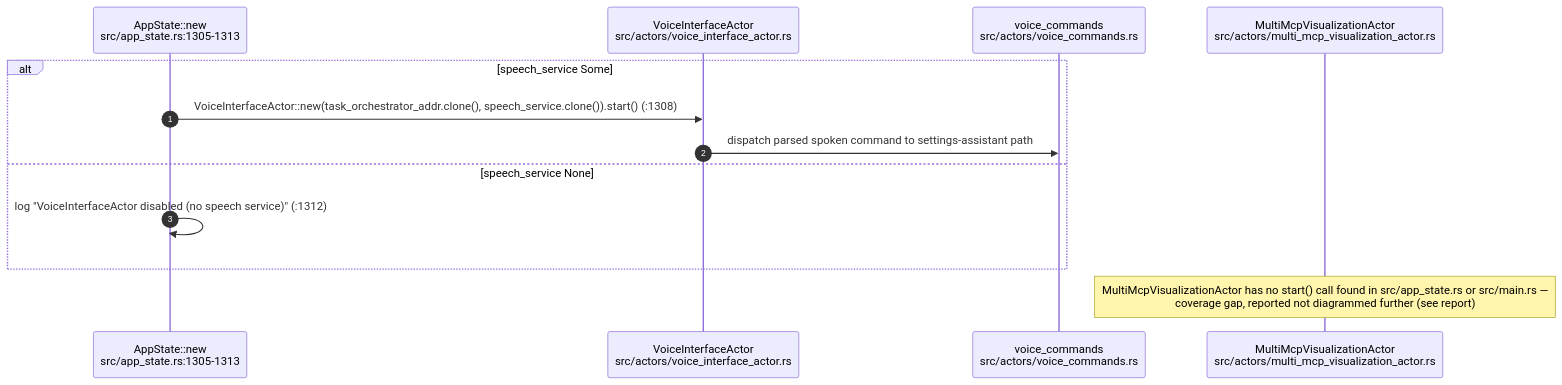
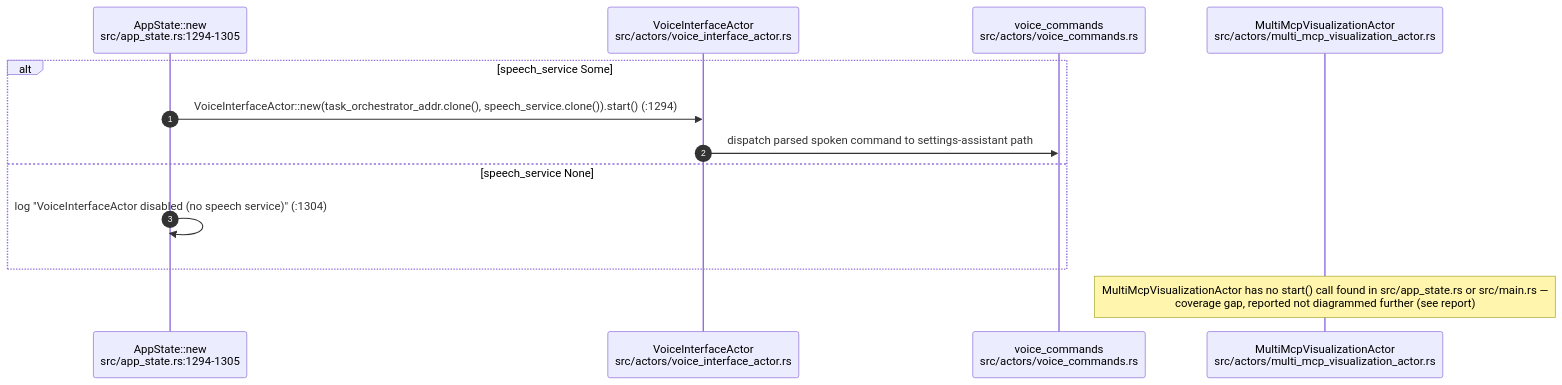
Diagram 19 of 20 in docs/diagrams/visionclaw/02-actor-supervision.md (DreamLab-AI/AR-AI-Knowledge-Graph), drawn with Mermaid before and after one commit. The commit also changed other lines of this file and 172 other files, not shown here.

````diff
--- a/docs/diagrams/visionclaw/02-actor-supervision.md
+++ b/docs/diagrams/visionclaw/02-actor-supervision.md
@@ -594,16 +584,16 @@
 ```mermaid
 sequenceDiagram
     autonumber
-    participant APP as AppState::new<br/>src/app_state.rs:1305-1313
+    participant APP as AppState::new<br/>src/app_state.rs:1294-1305
     participant VI as VoiceInterfaceActor<br/>src/actors/voice_interface_actor.rs
     participant VC as voice_commands<br/>src/actors/voice_commands.rs
     participant MMV as MultiMcpVisualizationActor<br/>src/actors/multi_mcp_visualization_actor.rs
 
     alt speech_service Some
-        APP->>VI: VoiceInterfaceActor::new(task_orchestrator_addr.clone(), speech_service.clone()).start() (:1308)
+        APP->>VI: VoiceInterfaceActor::new(task_orchestrator_addr.clone(), speech_service.clone()).start() (:1294)
         VI->>VC: dispatch parsed spoken command to settings-assistant path
     else speech_service None
-        APP->>APP: log "VoiceInterfaceActor disabled (no speech service)" (:1312)
+        APP->>APP: log "VoiceInterfaceActor disabled (no speech service)" (:1304)
     end
     Note over MMV: MultiMcpVisualizationActor has no start() call found in src/app_state.rs or src/main.rs —<br/>coverage gap, reported not diagrammed further (see report)
 ```
````
